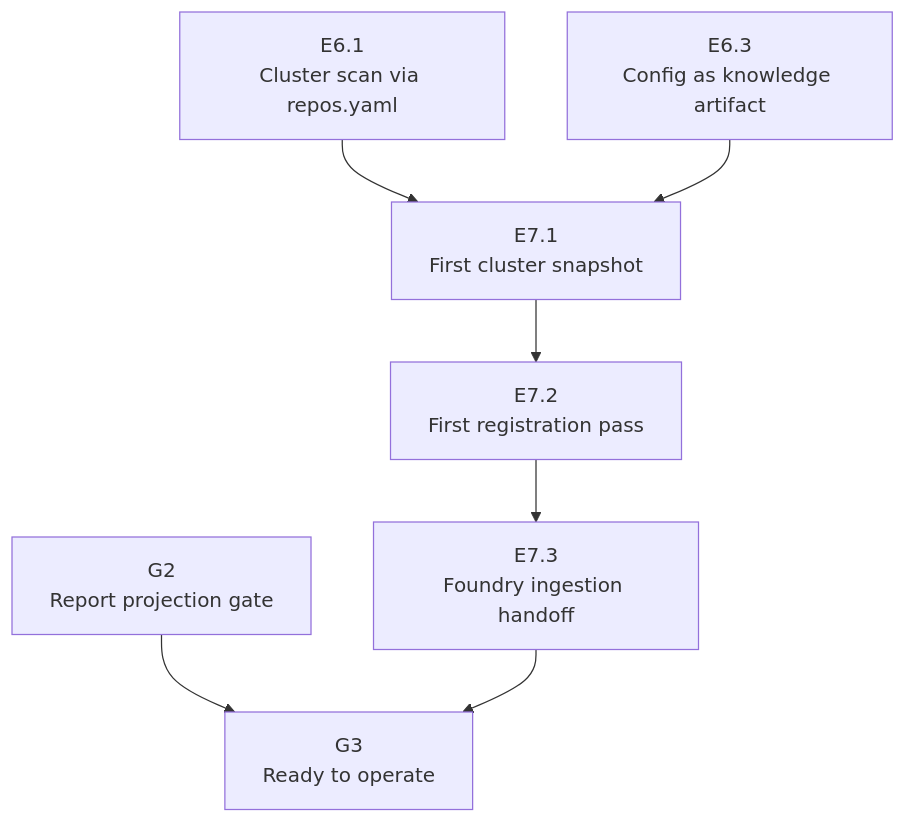
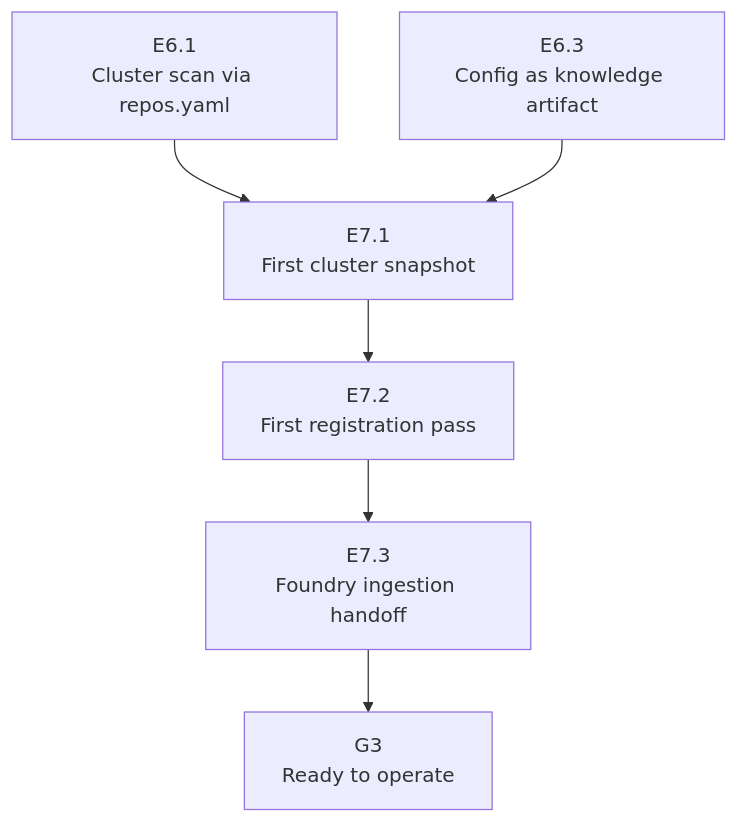
The diagram in docs/foundry/knowledge-layer/artifact-graph-foundry-ingestion-handoff.md (de-braighter/workbench), drawn with Mermaid before and after one commit. The commit also changed other lines of this file, not shown here.

````diff
--- a/docs/foundry/knowledge-layer/artifact-graph-foundry-ingestion-handoff.md
+++ b/docs/foundry/knowledge-layer/artifact-graph-foundry-ingestion-handoff.md
@@ -65,17 +69,15 @@
 ```mermaid
 flowchart TD
     E6_1["E6.1\nCluster scan via repos.yaml"]
     E6_3["E6.3\nConfig as knowledge artifact"]
     E7_1["E7.1\nFirst cluster snapshot"]
     E7_2["E7.2\nFirst registration pass"]
     E7_3["E7.3\nFoundry ingestion handoff"]
-    G2["G2\nReport projection gate"]
     G3["G3\nReady to operate"]
 
     E6_1 --> E7_1
     E6_3 --> E7_1
     E7_1 --> E7_2
     E7_2 --> E7_3
-    G2 --> G3
     E7_3 --> G3
 ```
````
